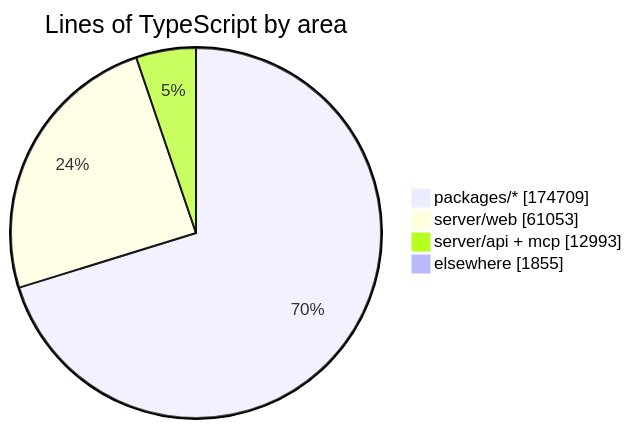
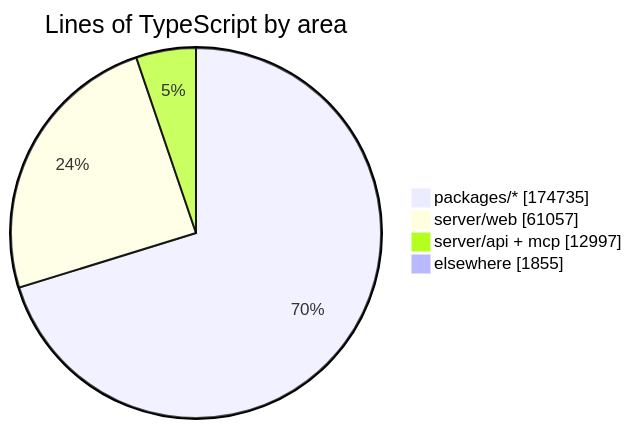
The diagram in README.md (crossworks-engineering/mantle), drawn with Mermaid before and after one commit. The commit also changed other lines of this file and 2 other files, not shown here.

````diff
--- a/README.md
+++ b/README.md
@@ -279,7 +279,7 @@
 ```mermaid
 pie showData title Lines of TypeScript by area
-    "packages/*" : 174709
-    "server/web" : 61053
-    "server/api + mcp" : 12993
+    "packages/*" : 174735
+    "server/web" : 61057
+    "server/api + mcp" : 12997
     "elsewhere" : 1855
 ```
````
